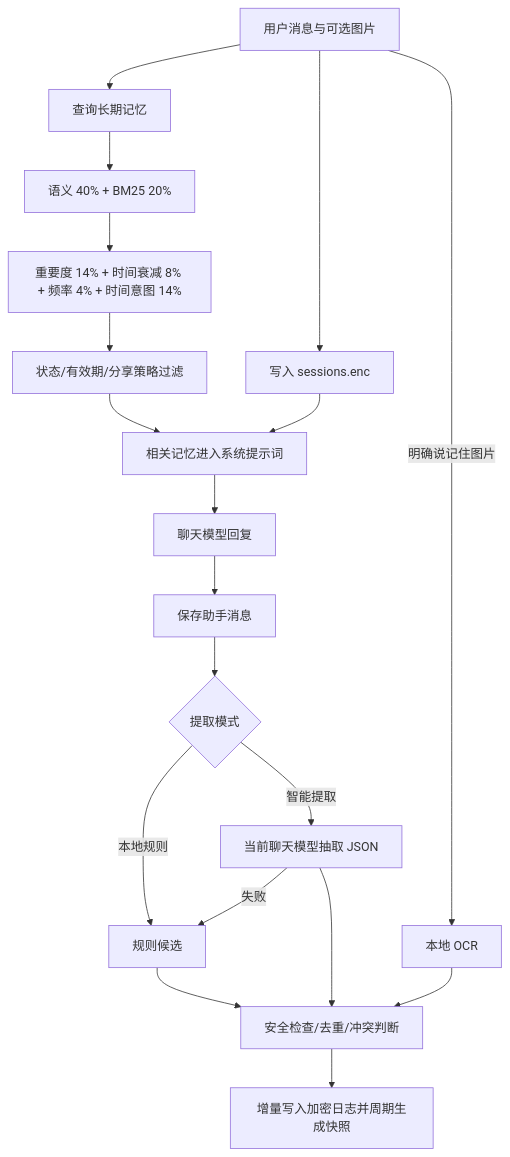
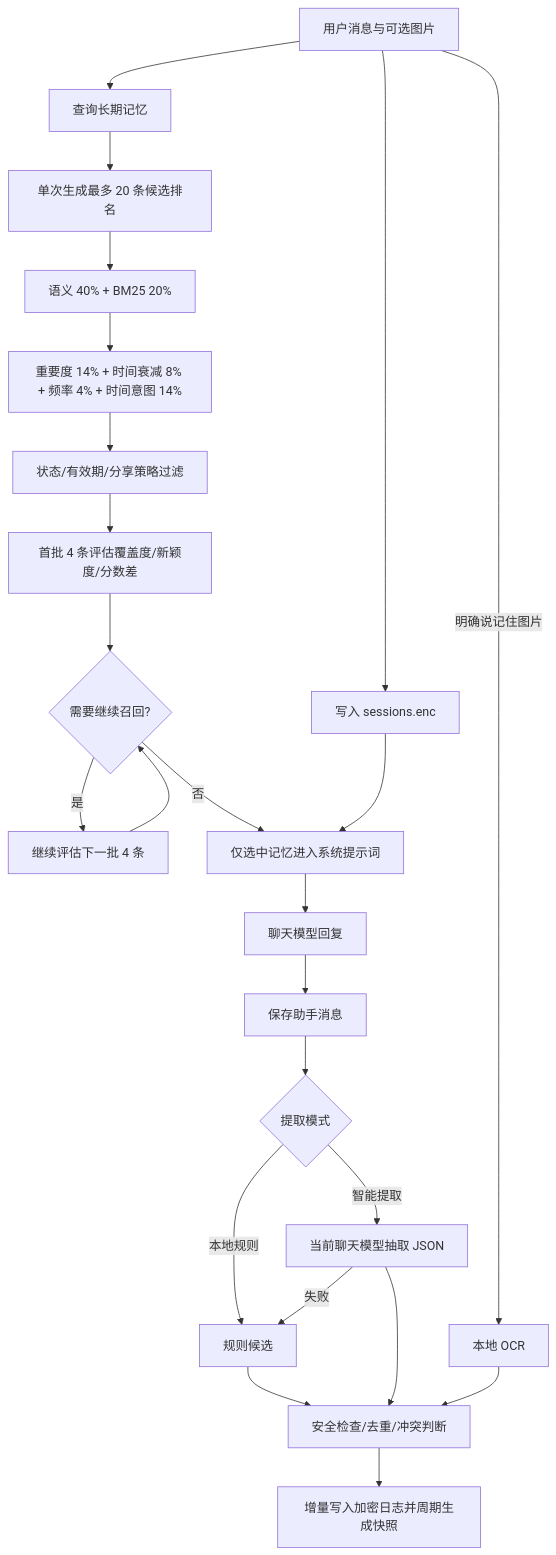
The diagram in README.md (obliviar/deskpet), drawn with Mermaid before and after one commit. The commit also changed other lines of this file and 13 other files, not shown here.

````diff
--- a/README.md
+++ b/README.md
@@ -65,21 +65,26 @@
 ```mermaid
 flowchart TD
     A[用户消息与可选图片] --> B[写入 sessions.enc]
     A --> C[查询长期记忆]
-    C --> D[语义 40% + BM25 20%]
-    D --> E[重要度 14% + 时间衰减 8% + 频率 4% + 时间意图 14%]
+    C --> D[单次生成最多 20 条候选排名]
+    D --> D2[语义 40% + BM25 20%]
+    D2 --> E[重要度 14% + 时间衰减 8% + 频率 4% + 时间意图 14%]
     E --> F[状态/有效期/分享策略过滤]
-    F --> G[相关记忆进入系统提示词]
+    F --> F2[首批 4 条评估覆盖度/新颖度/分数差]
+    F2 --> F3{需要继续召回?}
+    F3 -->|是| F4[继续评估下一批 4 条]
+    F4 --> F3
+    F3 -->|否| G[仅选中记忆进入系统提示词]
     B --> G
     G --> H[聊天模型回复]
     H --> I[保存助手消息]
     I --> J{提取模式}
     J -->|本地规则| K[规则候选]
     J -->|智能提取| L[当前聊天模型抽取 JSON]
     L -->|失败| K
     A -->|明确说记住图片| M[本地 OCR]
     K --> N[安全检查/去重/冲突判断]
     L --> N
     M --> N
     N --> O[增量写入加密日志并周期生成快照]
 ```
````
